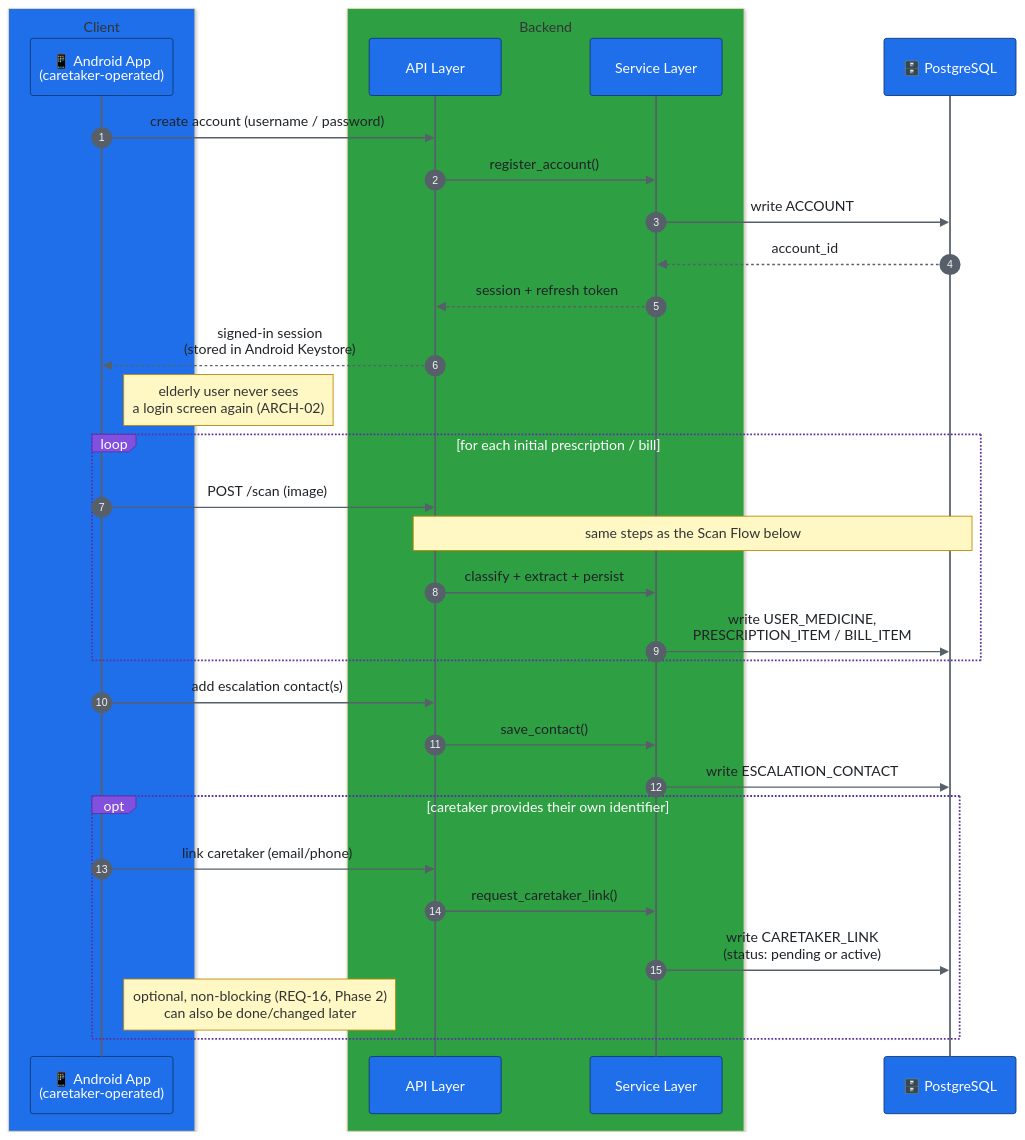
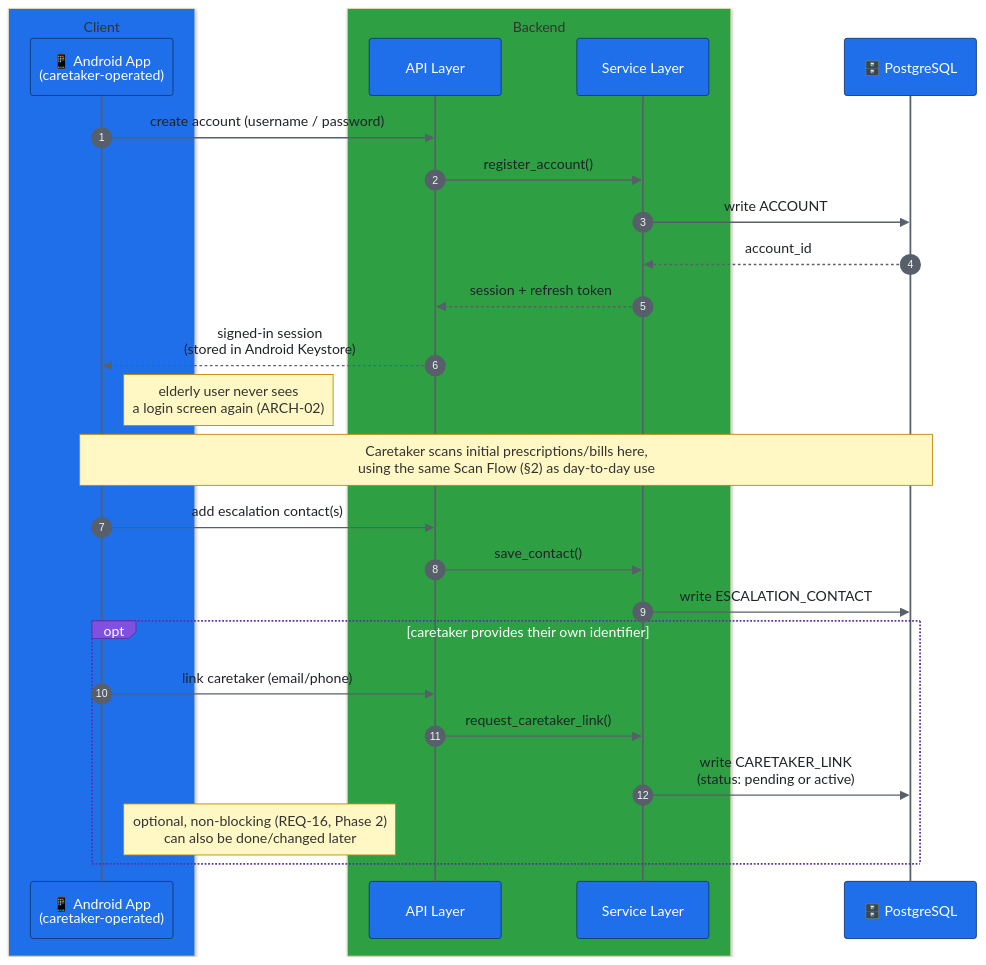
One commit to bhuvi-garg/Med-Verify changed the first of 6 diagrams in Arch/ARCH-05-flows.md. Above: the diagram before and after it, drawn with Mermaid. The commit also changed other lines of this file and 3 other files, not shown here.

First line of the commit message:
mv: fix diagram bugs and low-confidence routing

````diff
--- a/Arch/ARCH-05-flows.md
+++ b/Arch/ARCH-05-flows.md
@@ -11,39 +11,34 @@
 ```mermaid
 %%{init: {"theme": "base", "themeVariables": {"actorBkg": "#1f6feb", "actorBorder": "#123a75", "actorTextColor": "#ffffff", "actorLineColor": "#57606a", "signalColor": "#57606a", "signalTextColor": "#1f2328", "labelBoxBkgColor": "#8250df", "labelBoxBorderColor": "#5a32a3", "labelTextColor": "#ffffff", "noteBkgColor": "#fff8c5", "noteBorderColor": "#bf8700"}} }%%
 sequenceDiagram
     autonumber
     box rgb(31,111,235) Client
         participant App as 📱 Android App<br/>(caretaker-operated)
     end
     box rgb(46,160,67) Backend
         participant API as API Layer
         participant SVC as Service Layer
     end
     participant DB as 🗄️ PostgreSQL
 
     App->>API: create account (username / password)
     API->>SVC: register_account()
     SVC->>DB: write ACCOUNT
     DB-->>SVC: account_id
     SVC-->>API: session + refresh token
     API-->>App: signed-in session<br/>(stored in Android Keystore)
     Note right of App: elderly user never sees<br/>a login screen again (ARCH-02)
 
-    loop for each initial prescription / bill
-        App->>API: POST /scan (image)
-        Note over API,DB: same steps as the Scan Flow below
-        API->>SVC: classify + extract + persist
-        SVC->>DB: write USER_MEDICINE,<br/>PRESCRIPTION_ITEM / BILL_ITEM
-    end
+    Note over App,DB: Caretaker scans initial prescriptions/bills here,<br/>using the same Scan Flow (§2) as day-to-day use
 
     App->>API: add escalation contact(s)
     API->>SVC: save_contact()
     SVC->>DB: write ESCALATION_CONTACT
 
     opt caretaker provides their own identifier
         App->>API: link caretaker (email/phone)
         API->>SVC: request_caretaker_link()
         SVC->>DB: write CARETAKER_LINK<br/>(status: pending or active)
         Note right of App: optional, non-blocking (REQ-16, Phase 2)<br/>can also be done/changed later
     end
 ```
````
